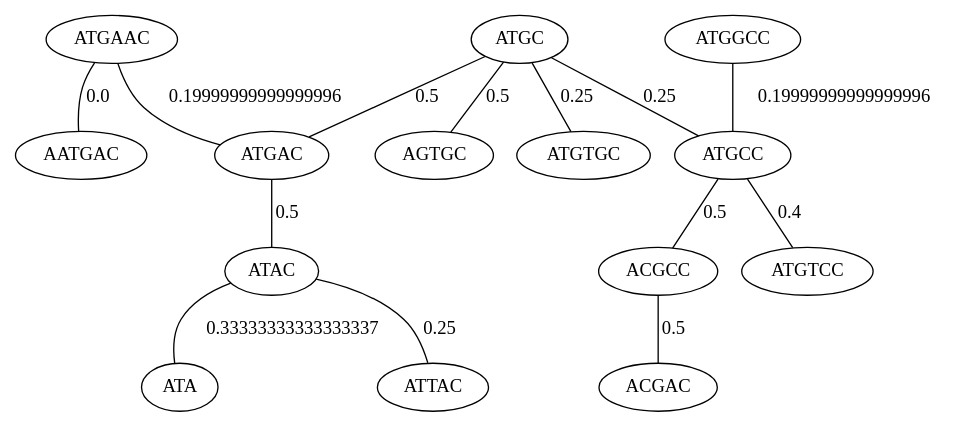
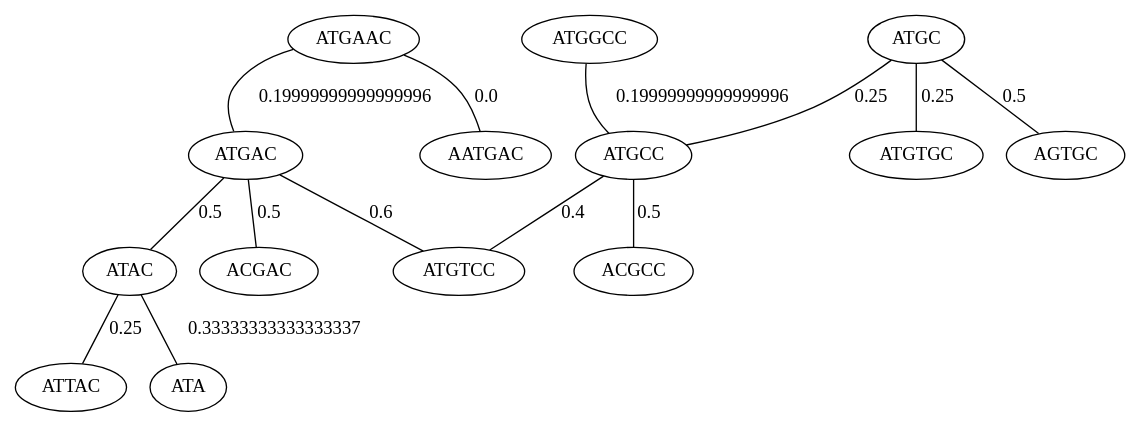
Before and after one commit to yxycindy/genomic_final: the diagram in trees/02mh_mst.dot, drawn with Graphviz. The commit also changed 2 other files, not shown here.

```diff
--- a/trees/02mh_mst.dot
+++ b/trees/02mh_mst.dot
@@ -1,29 +1,29 @@
 strict graph {
   "ATGC";
   "ATGAAC";
   "AATGAC";
   "ATGGCC";
   "ATGAC";
   "ATGCC";
   "ATGTGC";
   "ATAC";
   "ATTAC";
   "ATA";
   "ATGTCC";
   "AGTGC";
+  "ACGAC";
   "ACGCC";
-  "ACGAC";
   "ATGC" -- "ATGCC" [label="0.25"];
   "ATGC" -- "ATGTGC" [label="0.25"];
-  "ATGC" -- "ATGAC" [label="0.5"];
   "ATGC" -- "AGTGC" [label="0.5"];
   "ATGAAC" -- "AATGAC" [label="0.0"];
   "ATGAAC" -- "ATGAC" [label="0.19999999999999996"];
   "ATGGCC" -- "ATGCC" [label="0.19999999999999996"];
   "ATGAC" -- "ATAC" [label="0.5"];
+  "ATGAC" -- "ACGAC" [label="0.5"];
+  "ATGAC" -- "ATGTCC" [label="0.6"];
   "ATGCC" -- "ATGTCC" [label="0.4"];
   "ATGCC" -- "ACGCC" [label="0.5"];
   "ATAC" -- "ATTAC" [label="0.25"];
   "ATAC" -- "ATA" [label="0.33333333333333337"];
-  "ACGCC" -- "ACGAC" [label="0.5"];
 }
```
